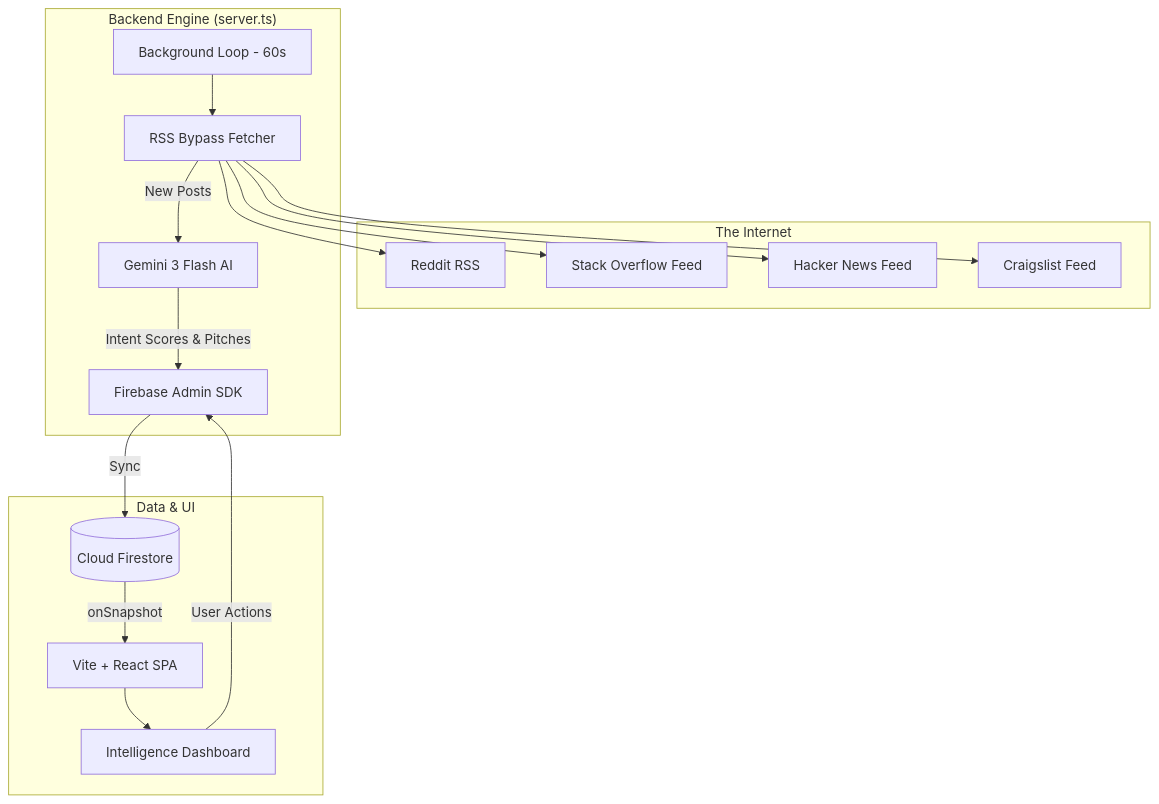
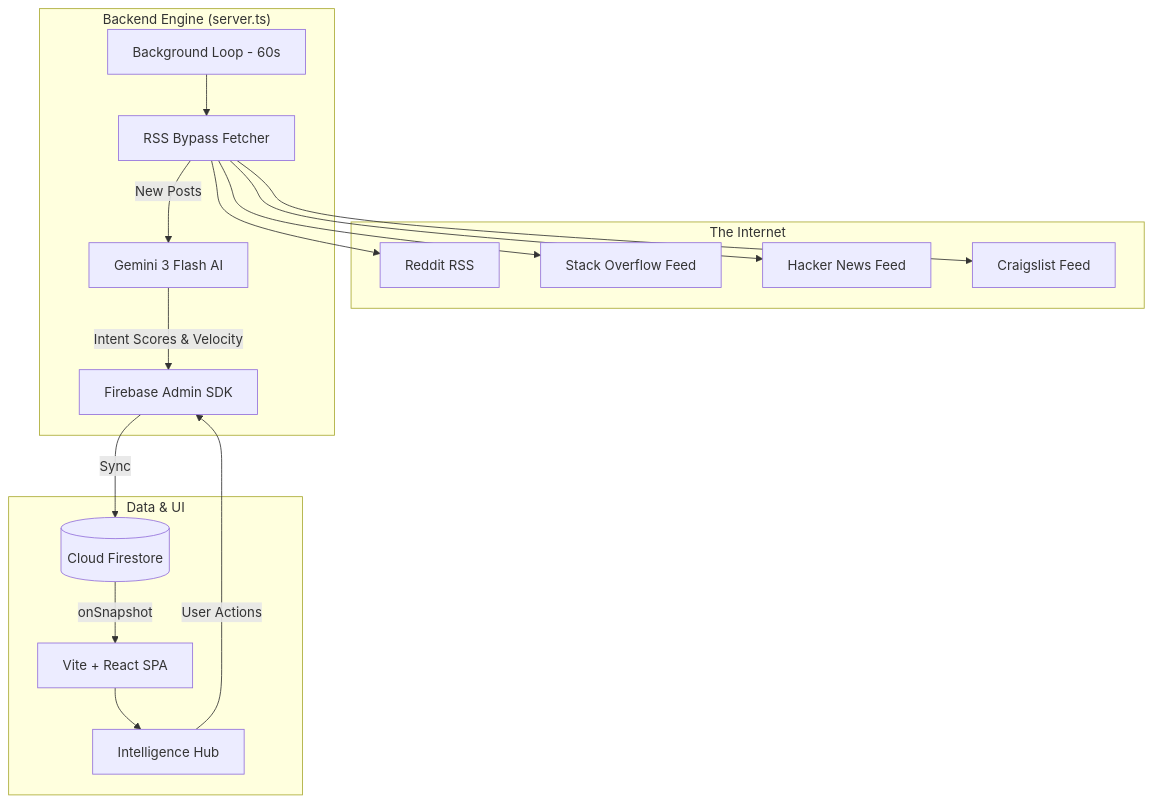
The diagram in README.md (Mr-S-U-D-O/preemptly), drawn with Mermaid before and after one commit. The commit also changed other lines of this file and 2 other files, not shown here.

Commit message:
docs: rebrand to Real-time Growth Intelligence Engine and implement new Layout and Sidebar components

````diff
--- a/README.md
+++ b/README.md
@@ -11,31 +11,31 @@
 ```mermaid
 graph TD
     subgraph "The Internet"
         R[Reddit RSS]
         SO[Stack Overflow Feed]
         HN[Hacker News Feed]
         CL[Craigslist Feed]
     end
 
     subgraph "Backend Engine (server.ts)"
         CRON[Background Loop - 60s]
         FETCHER[RSS Bypass Fetcher]
         GENAI[Gemini 3 Flash AI]
         ADMIN[Firebase Admin SDK]
     end
 
     subgraph "Data & UI"
         FS[(Cloud Firestore)]
         VITE[Vite + React SPA]
-        DASH[Intelligence Dashboard]
+        DASH[Intelligence Hub]
     end
 
     CRON --> FETCHER
     FETCHER --> R & SO & HN & CL
     FETCHER -- "New Posts" --> GENAI
-    GENAI -- "Intent Scores & Pitches" --> ADMIN
+    GENAI -- "Intent Scores & Velocity" --> ADMIN
     ADMIN -- "Sync" --> FS
     FS -- "onSnapshot" --> VITE
     VITE --> DASH
     DASH -- "User Actions" --> ADMIN
 ```
````
